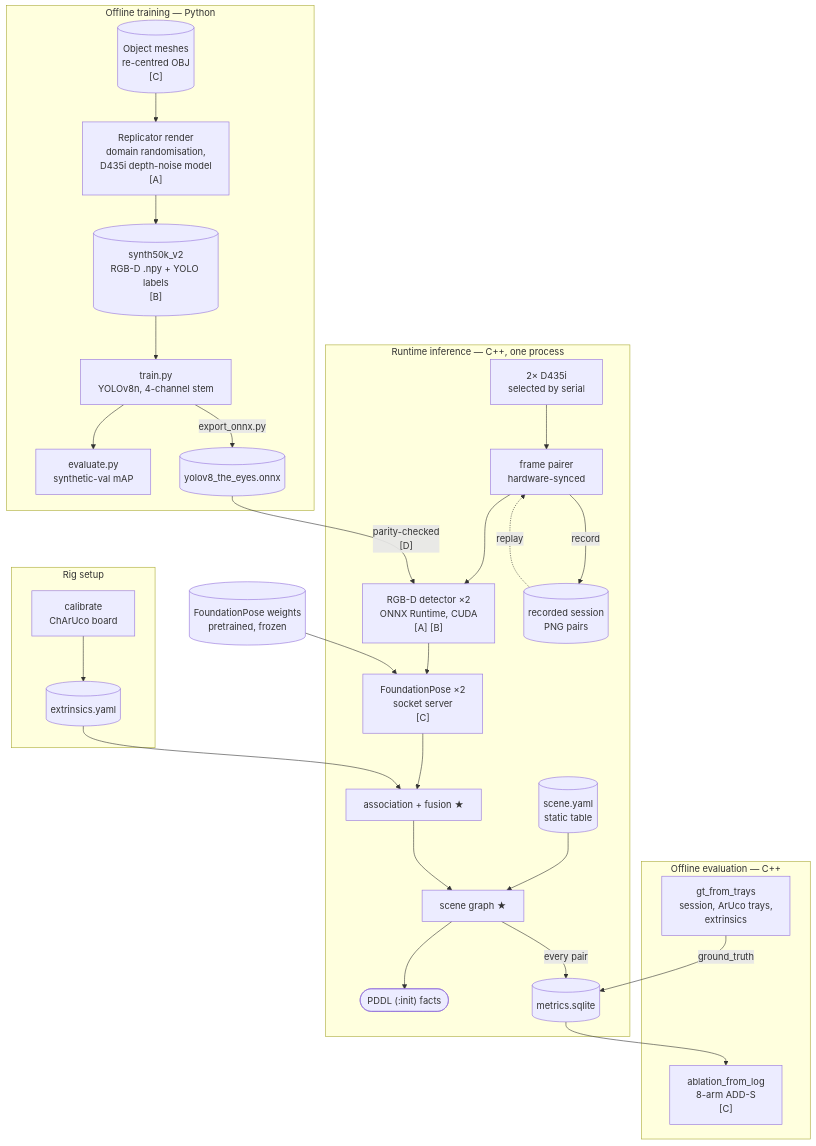
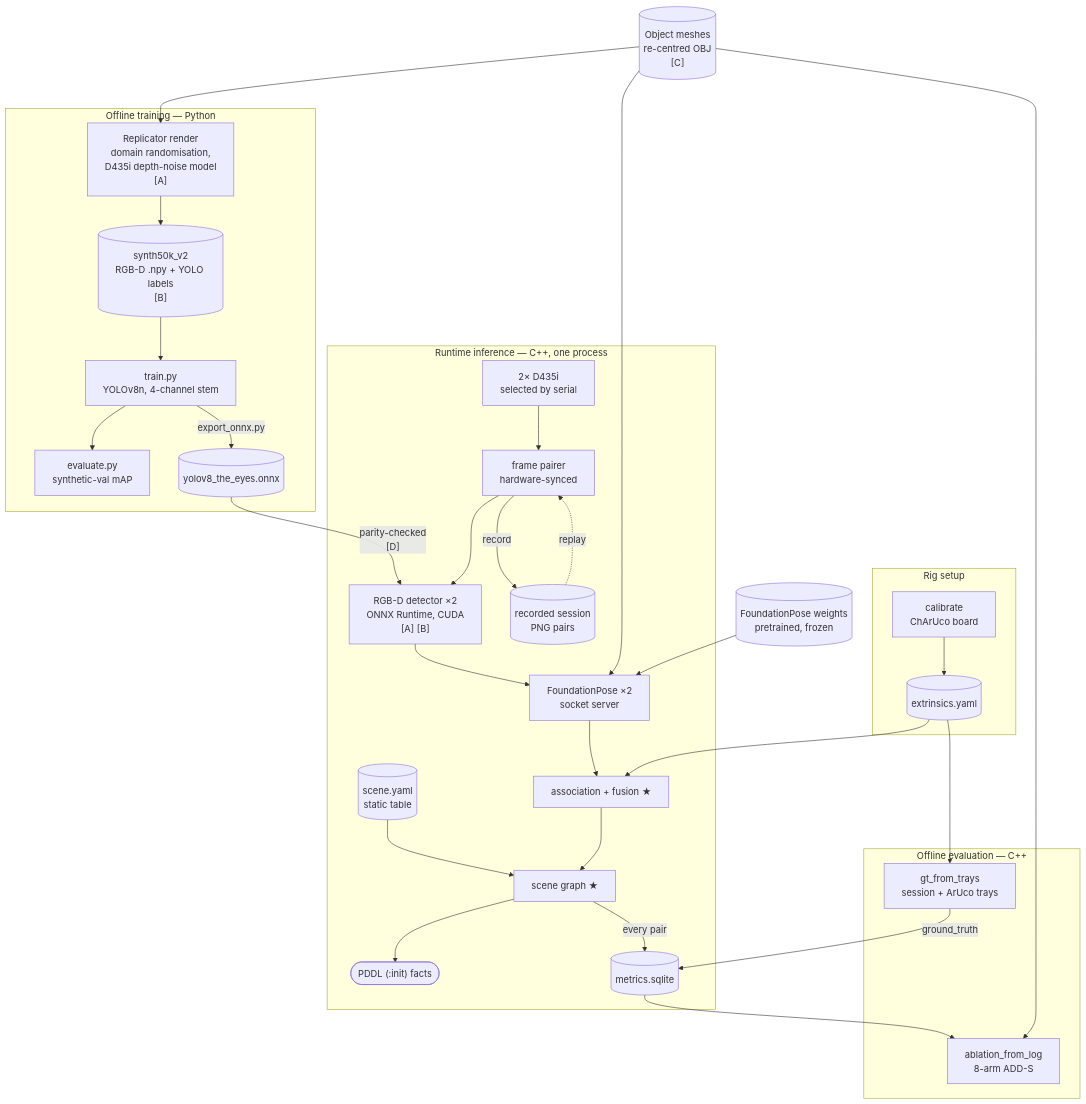
One commit to chanwaijye/PRS-PM-2026-09-15-AIS08-GRP-12-TheEyes changed the second of 2 diagrams in ProjectReport/PRS-PM-2026-AIS08-GRP-12-TheEyes-Proposal.md. Above: the diagram before and after it, drawn with Mermaid. The commit also changed 5 other files, not shown here.

First line of the commit message:
Use the arrow version of the data-flow diagram

````diff
--- a/ProjectReport/PRS-PM-2026-AIS08-GRP-12-TheEyes-Proposal.md
+++ b/ProjectReport/PRS-PM-2026-AIS08-GRP-12-TheEyes-Proposal.md
@@ -178,45 +178,48 @@
 ```mermaid
 flowchart TD
+    MESH[("Object meshes<br>re-centred OBJ<br>[C]")]
     FPW[("FoundationPose weights<br>pretrained, frozen")]
 
     subgraph TRAIN["Offline training — Python"]
-        MESH[("Object meshes<br>re-centred OBJ<br>[C]")]
         REP["Replicator render<br>domain randomisation,<br>D435i depth-noise model<br>[A]"]
         DS[("synth50k_v2<br>RGB-D .npy + YOLO labels<br>[B]")]
         TR["train.py<br>YOLOv8n, 4-channel stem"]
         EV["evaluate.py<br>synthetic-val mAP"]
         ONNX[("yolov8_the_eyes.onnx")]
         REP --> DS --> TR
         TR --> EV
         TR -->|export_onnx.py| ONNX
     end
 
     subgraph SETUP["Rig setup"]
         CAL["calibrate<br>ChArUco board"] --> EXT[("extrinsics.yaml")]
     end
 
     subgraph RUN["Runtime inference — C++, one process"]
         SCN[("scene.yaml<br>static table")] --> SG
         CAM["2× D435i<br>selected by serial"] --> PAIR["frame pairer<br>hardware-synced"]
         PAIR --> DET["RGB-D detector ×2<br>ONNX Runtime, CUDA<br>[A] [B]"]
-        DET --> POSE["FoundationPose ×2<br>socket server<br>[C]"]
+        DET --> POSE["FoundationPose ×2<br>socket server"]
         POSE --> FUS["association + fusion ★"]
         FUS --> SG["scene graph ★"]
         SG --> PDDL(["PDDL (:init) facts"])
         SG -->|every pair| DB[("metrics.sqlite")]
         PAIR -->|record| REC[("recorded session<br>PNG pairs")]
         REC -.->|replay| PAIR
     end
 
     subgraph EVAL["Offline evaluation — C++"]
-        GT["gt_from_trays<br>session, ArUco trays,<br>extrinsics"]
-        ABL["ablation_from_log<br>8-arm ADD-S<br>[C]"]
+        GT["gt_from_trays<br>session + ArUco trays"]
+        ABL["ablation_from_log<br>8-arm ADD-S"]
     end
 
     MESH --> REP
+    MESH --> POSE
+    MESH --> ABL
     FPW --> POSE
     ONNX -->|"parity-checked<br>[D]"| DET
     EXT --> FUS
+    EXT --> GT
     GT -->|ground_truth| DB
     DB --> ABL
 ```
````
